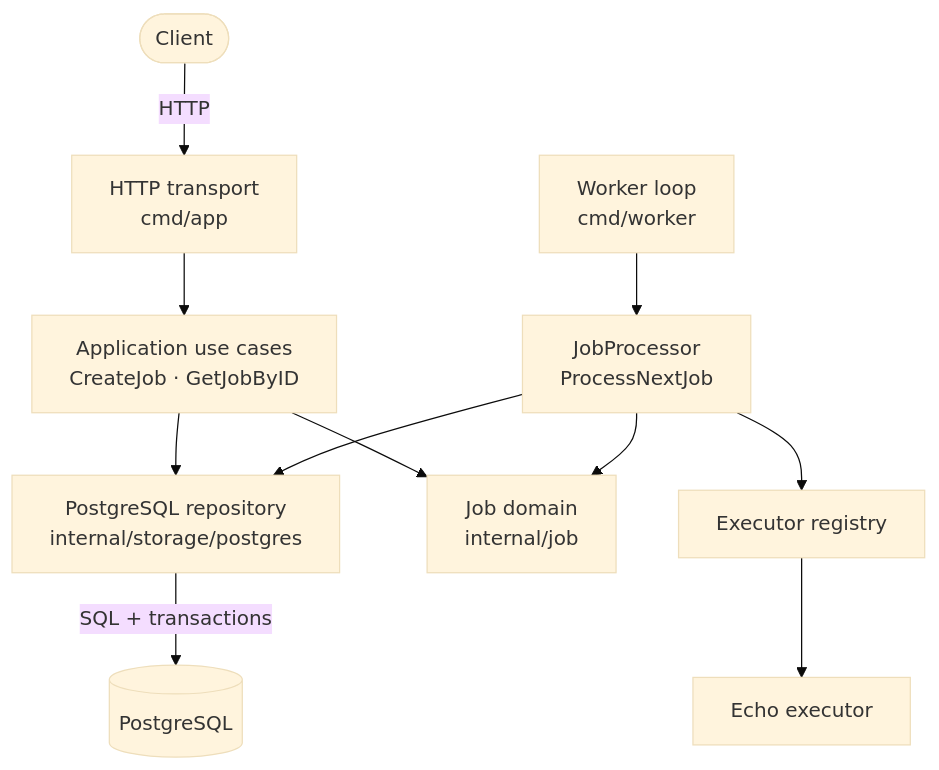
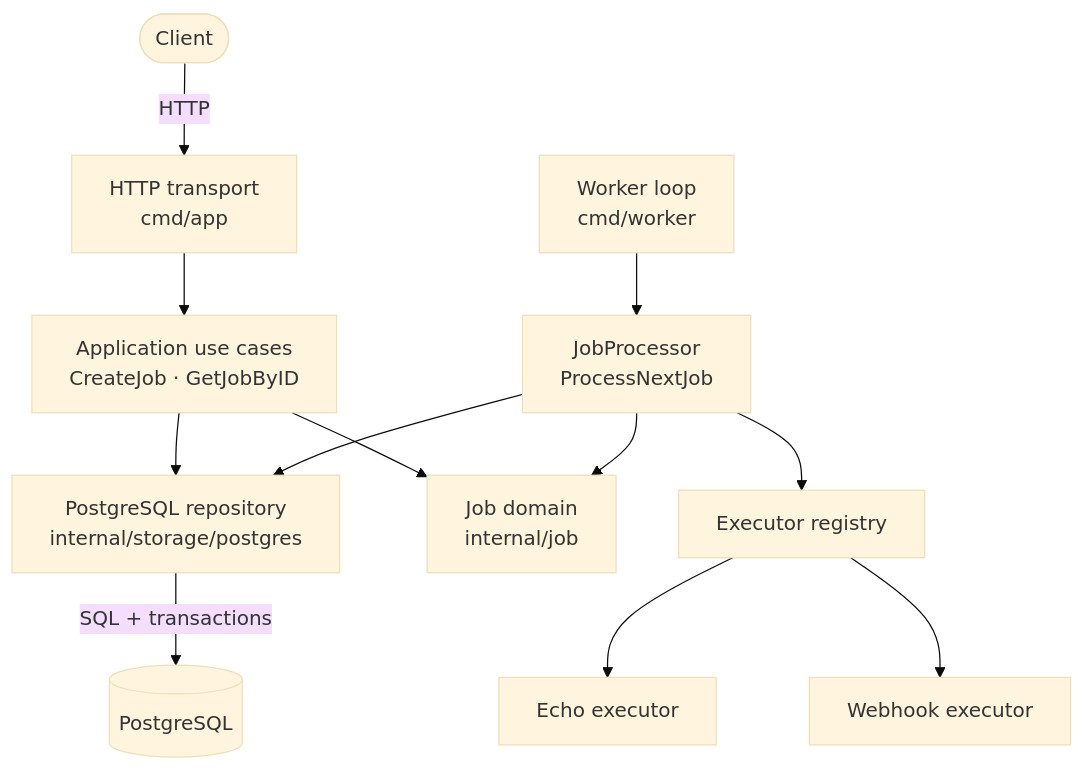
The first of 2 diagrams in README.md (LeezyWannaFall/GoreFlow), drawn with Mermaid (base theme) before and after one commit. The commit also changed other lines of this file and 2 other files, not shown here.

````diff
--- a/README.md
+++ b/README.md
@@ -32,17 +33,18 @@
 ```mermaid
 flowchart TB
     Client([Client]) -->|HTTP| API[HTTP transport<br/>cmd/app]
     API --> UseCases[Application use cases<br/>CreateJob · GetJobByID]
 
     Worker[Worker loop<br/>cmd/worker] --> Processor[JobProcessor<br/>ProcessNextJob]
     Processor --> Registry[Executor registry]
     Registry --> Echo[Echo executor]
+    Registry --> Webhook[Webhook executor]
 
     UseCases --> Job[Job domain<br/>internal/job]
     Processor --> Job
 
     Repository[PostgreSQL repository<br/>internal/storage/postgres]
     UseCases --> Repository
     Processor --> Repository
     Repository -->|SQL + transactions| PostgreSQL[(PostgreSQL)]
 ```
````
